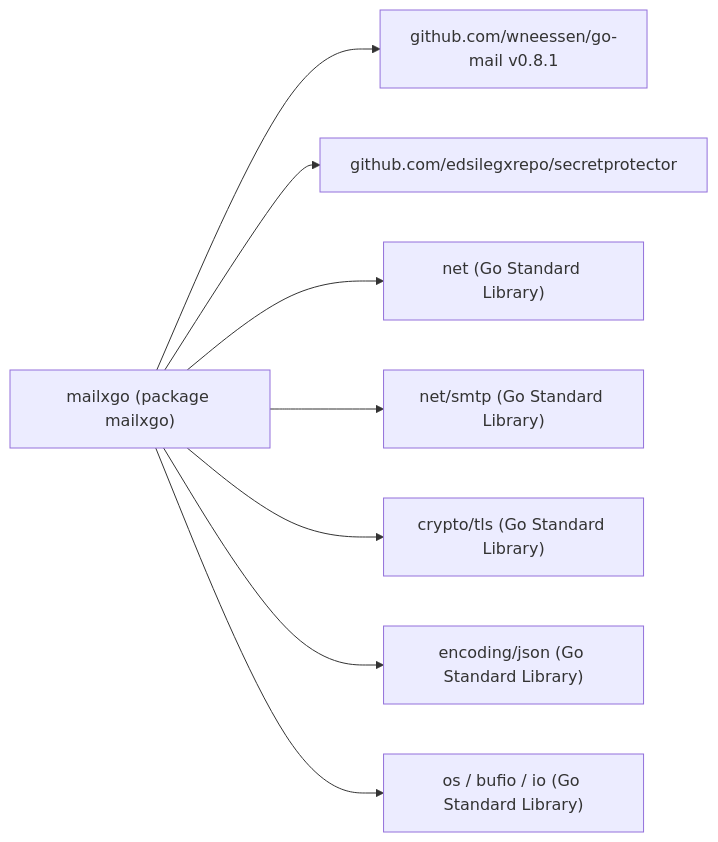
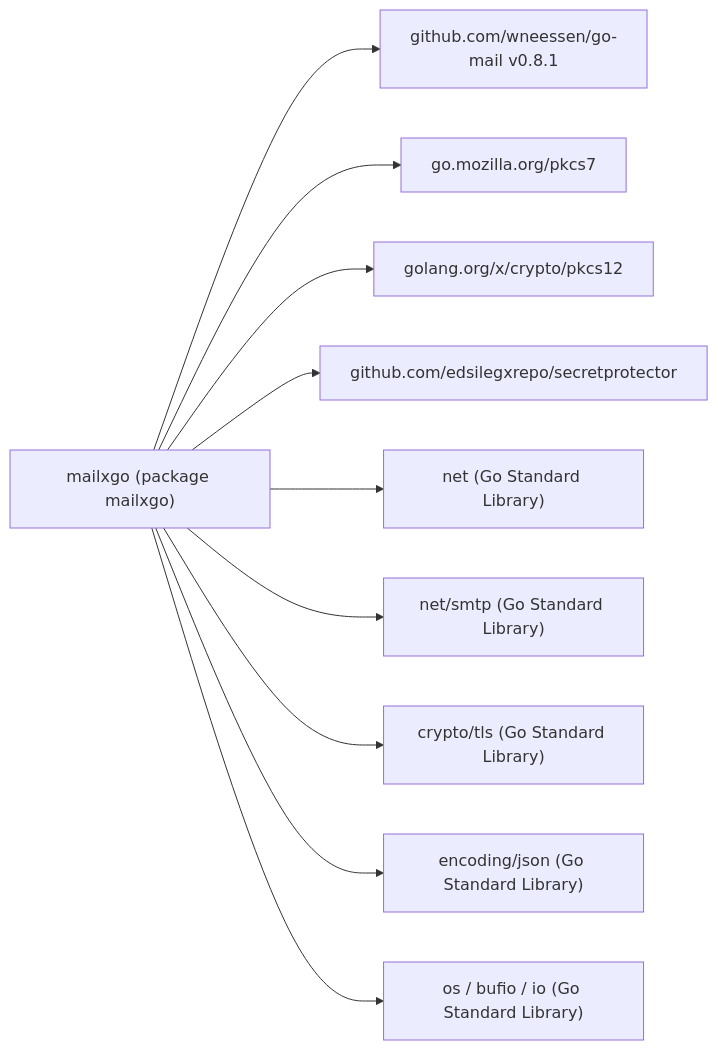
One commit to edsilegxrepo/mailxgo changed the third of 4 diagrams in ARCHITECTURE.md. Above: the diagram before and after it, drawn with Mermaid. The commit also changed other lines of this file and 15 other files, not shown here.

````diff
--- a/ARCHITECTURE.md
+++ b/ARCHITECTURE.md
@@ -117,10 +117,12 @@
 ```mermaid
 graph LR
     mailxgo["mailxgo (package mailxgo)"] --> GoMail["github.com/wneessen/go-mail v0.8.1"]
+    mailxgo --> PKCS7["go.mozilla.org/pkcs7"]
+    mailxgo --> PKCS12["golang.org/x/crypto/pkcs12"]
     mailxgo --> SecProt["github.com/edsilegxrepo/secretprotector"]
     mailxgo --> StandardNet["net (Go Standard Library)"]
     mailxgo --> StandardSMTP["net/smtp (Go Standard Library)"]
     mailxgo --> StandardTLS["crypto/tls (Go Standard Library)"]
     mailxgo --> StandardJSON["encoding/json (Go Standard Library)"]
     mailxgo --> StandardIO["os / bufio / io (Go Standard Library)"]
 ```
````
